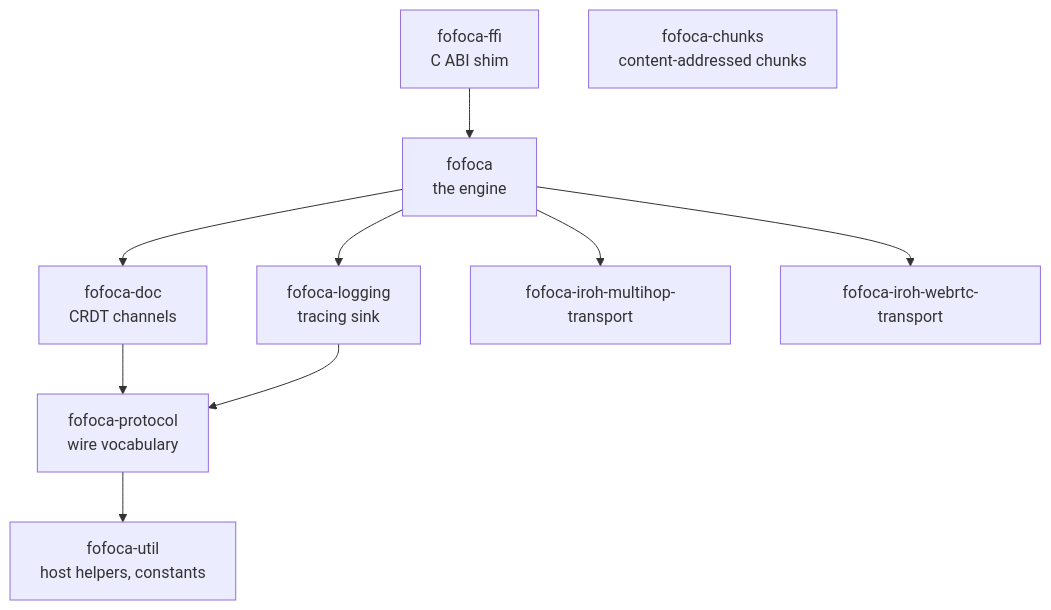
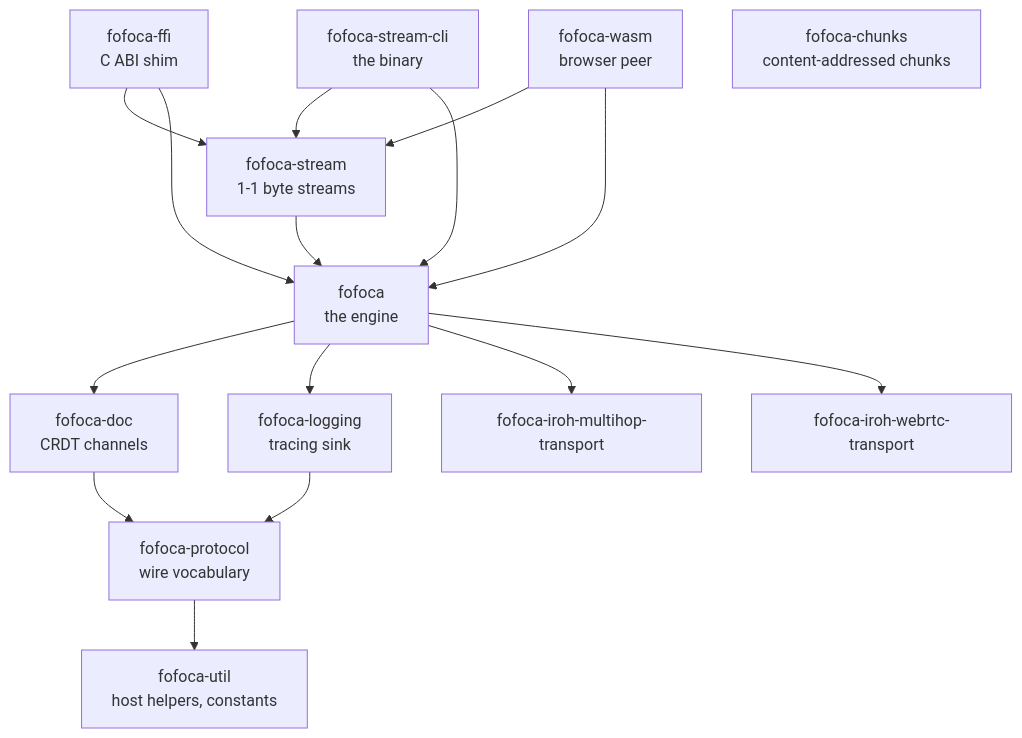
The second of 10 diagrams in docs/architecture.md (fofoca-network/fofoca), drawn with Mermaid before and after one commit. The commit also changed other lines of this file and 12 other files, not shown here.

First line of the commit message:
docs: describe byte streams and the msg break; tidy stream close edges

````diff
--- a/docs/architecture.md
+++ b/docs/architecture.md
@@ -89,12 +89,18 @@
 ```mermaid
 graph TD
-    ffi["fofoca-ffi<br>C ABI shim"] --> engine
+    ffi["fofoca-ffi<br>C ABI shim"] --> stream["fofoca-stream<br>1-1 byte streams"]
+    wasm["fofoca-wasm<br>browser peer"] --> stream
+    cli["fofoca-stream-cli<br>the binary"] --> stream
+    cli --> engine
+    ffi --> engine
+    wasm --> engine
+    stream --> engine
     engine["fofoca<br>the engine"] --> doc["fofoca-doc<br>CRDT channels"]
     engine --> logging["fofoca-logging<br>tracing sink"]
     engine --> mh["fofoca-iroh-multihop-transport"]
     engine --> webrtc["fofoca-iroh-webrtc-transport"]
     doc --> proto["fofoca-protocol<br>wire vocabulary"]
     logging --> proto
     proto --> util["fofoca-util<br>host helpers, constants"]
     chunks["fofoca-chunks<br>content-addressed chunks"]
 ```
````
